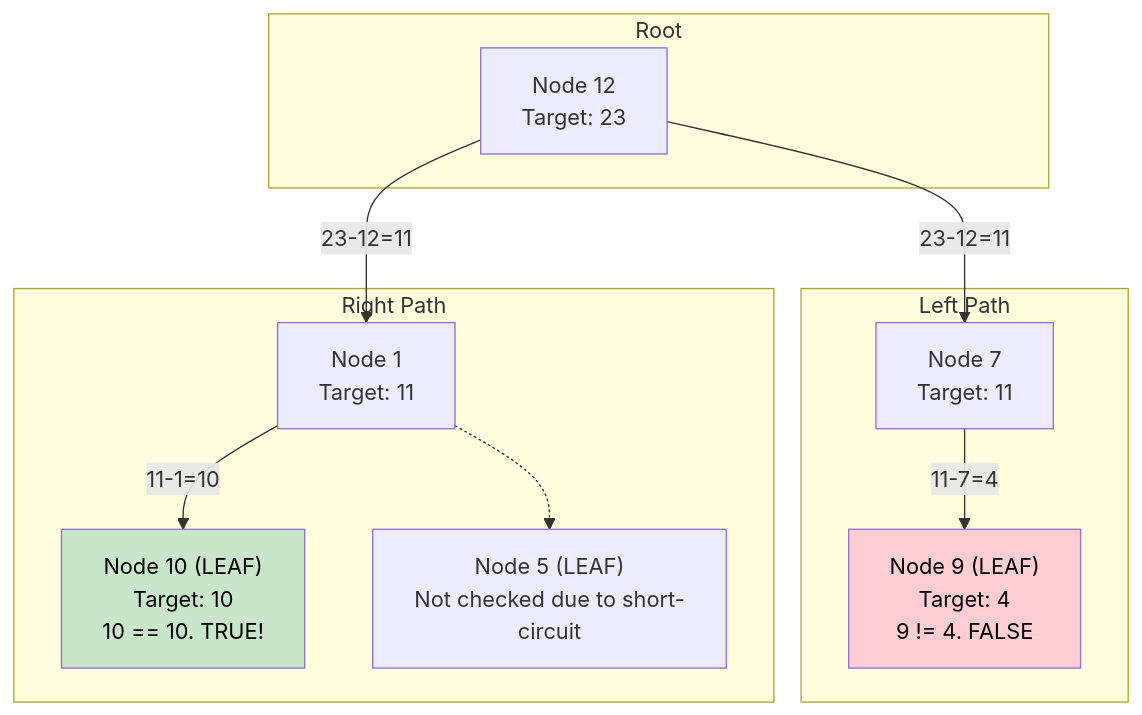
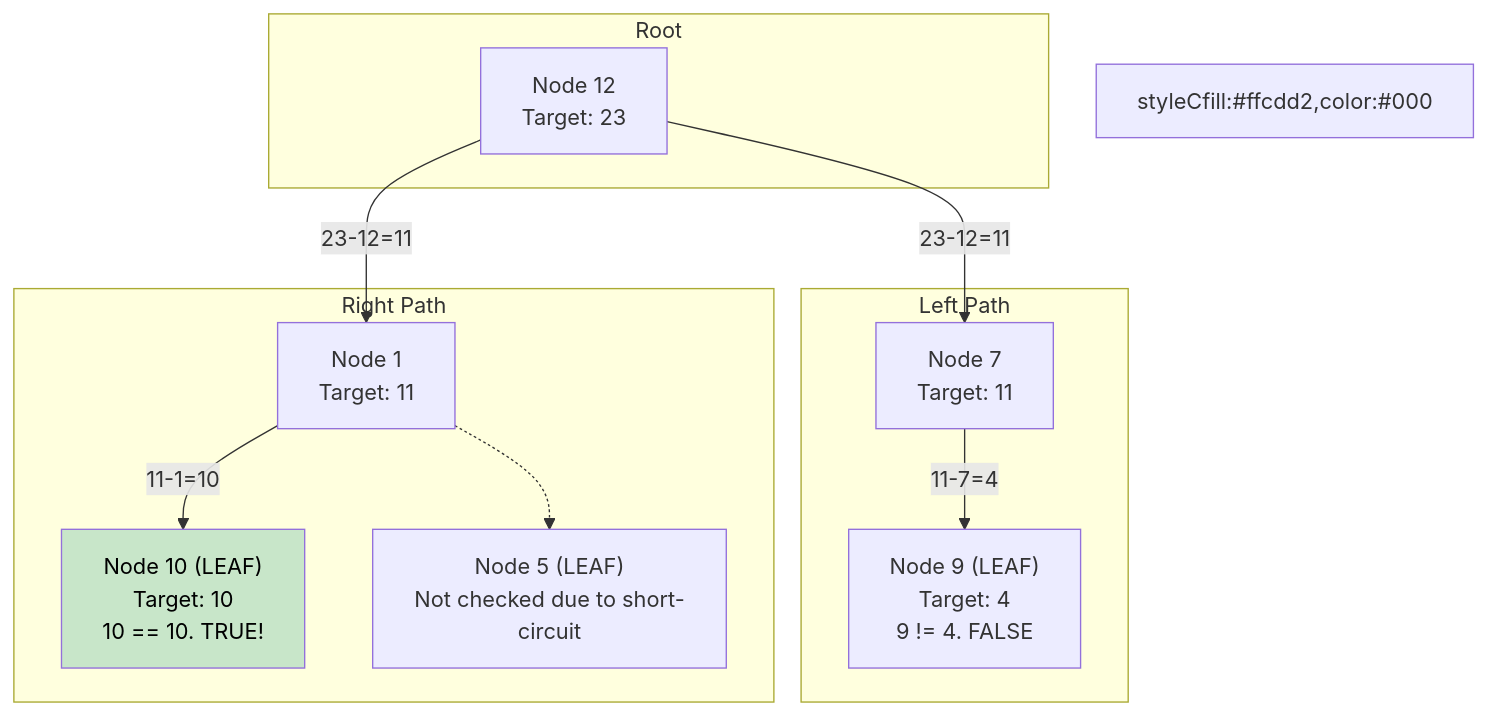
The diagram in 12 - Tree Depth First Search/problem_01_binary_tree_path_sum_walkthrough.md (vadde/DSA), drawn with Mermaid before and after one commit. The commit also changed 245 other files, not shown here.

First line of the commit message:
fix: Forensic fix of all Mermaid rendering issues across entire DSA repo + add pre-commit validation infrastructure

````diff
--- a/12 - Tree Depth First Search/problem_01_binary_tree_path_sum_walkthrough.md
+++ b/12 - Tree Depth First Search/problem_01_binary_tree_path_sum_walkthrough.md
@@ -65,26 +65,26 @@
 ```mermaid
 flowchart TD
     subgraph Root
         A["Node 12\nTarget: 23"]
     end
     
-    subgraph Left Path
+    subgraph LeftPath [Left Path]
         B["Node 7\nTarget: 11"]
         C["Node 9 (LEAF)\nTarget: 4\n9 != 4. FALSE"]
     end
     
-    subgraph Right Path
+    subgraph RightPath [Right Path]
         D["Node 1\nTarget: 11"]
         E["Node 10 (LEAF)\nTarget: 10\n10 == 10. TRUE!"]
         F["Node 5 (LEAF)\nNot checked due to short-circuit"]
     end
     
     A -->|"23-12=11"| B
     B -->|"11-7=4"| C
     A -->|"23-12=11"| D
     D -->|"11-1=10"| E
     D -.-> F
-    
-    style C fill:#ffcdd2,color:#000
+
+styleCfill:#ffcdd2,color:#000
     style E fill:#c8e6c9,color:#000
 ```
````
